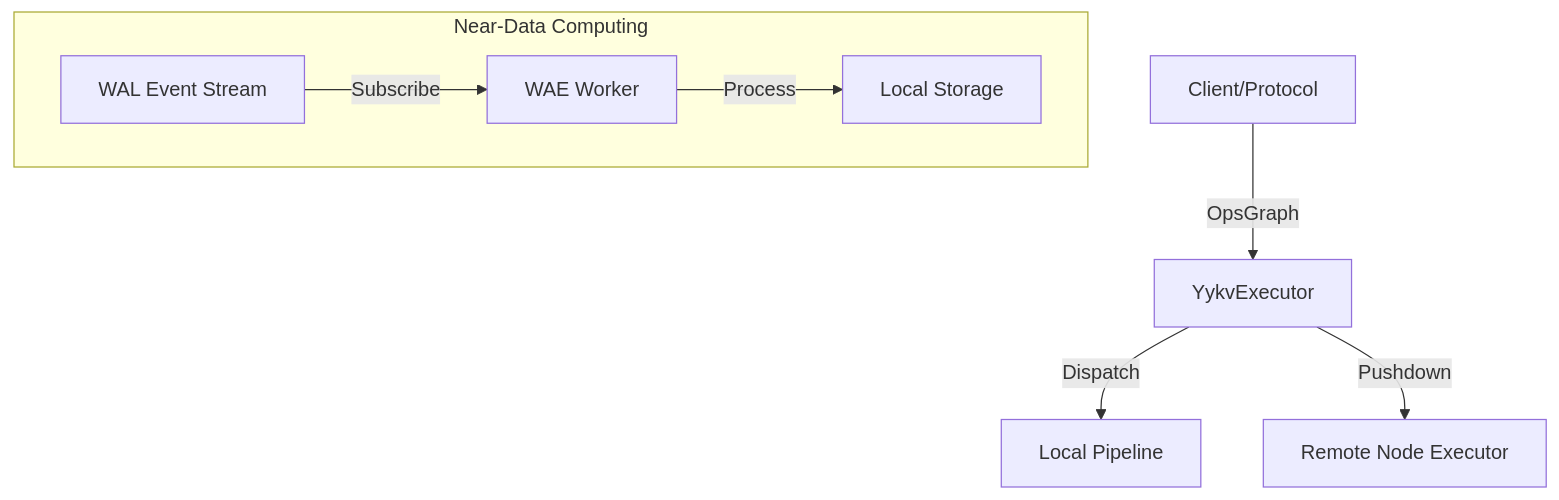
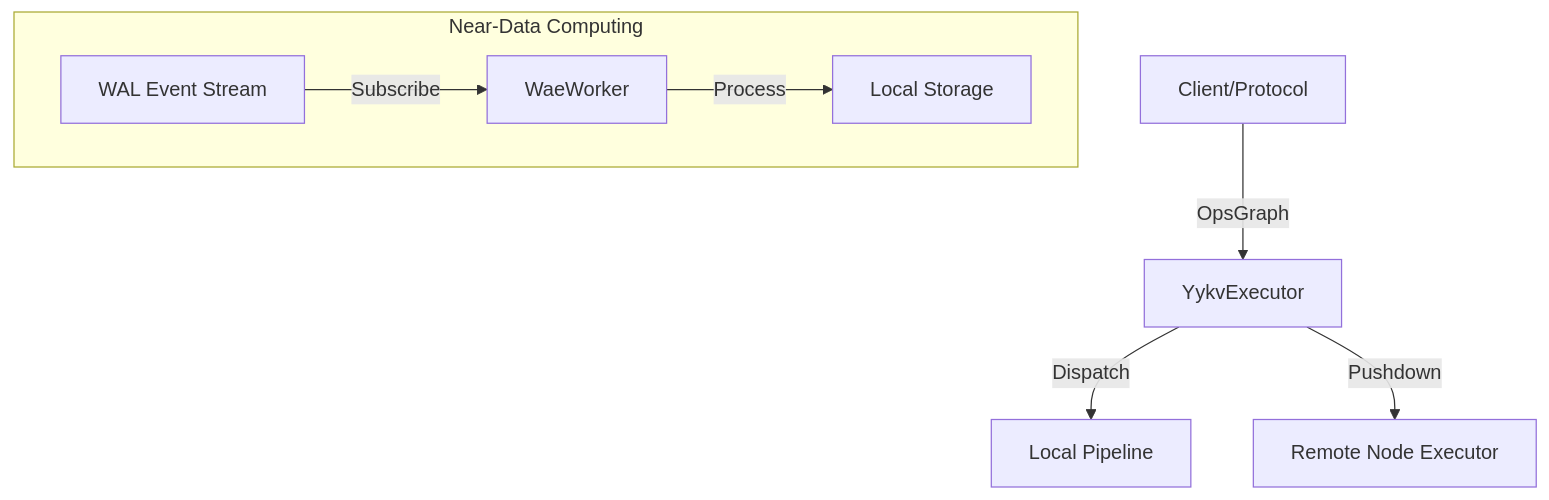
Before and after one commit to yy-database/MySQL: the diagram in packages/yykv-executor/README.md, drawn with Mermaid. The commit also changed other lines of this file and 12 other files, not shown here.

````diff
--- a/packages/yykv-executor/README.md
+++ b/packages/yykv-executor/README.md
@@ -26,11 +26,11 @@
 ```mermaid
 graph TD
     Client[Client/Protocol] -->|OpsGraph| Executor[YykvExecutor]
     Executor -->|Dispatch| Local[Local Pipeline]
     Executor -->|Pushdown| Remote[Remote Node Executor]
     
     subgraph Near-Data Computing
-        WAL[WAL Event Stream] -->|Subscribe| WaeWorker[WAE Worker]
+        WAL[WAL Event Stream] -->|Subscribe| WaeWorker[WaeWorker]
         WaeWorker -->|Process| LocalStorage[Local Storage]
     end
 ```
````
